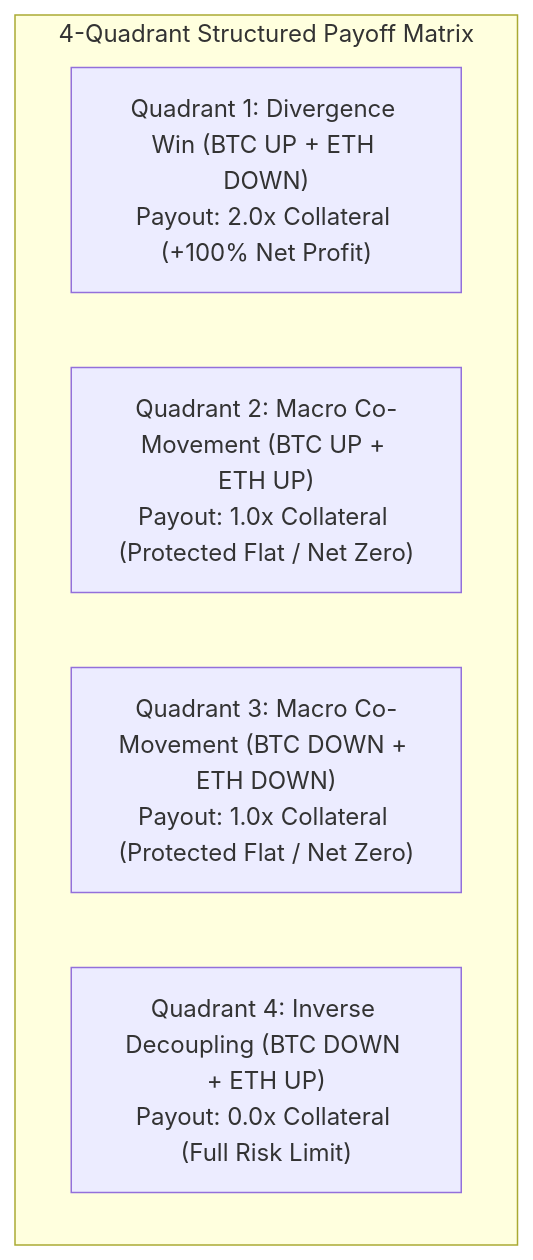
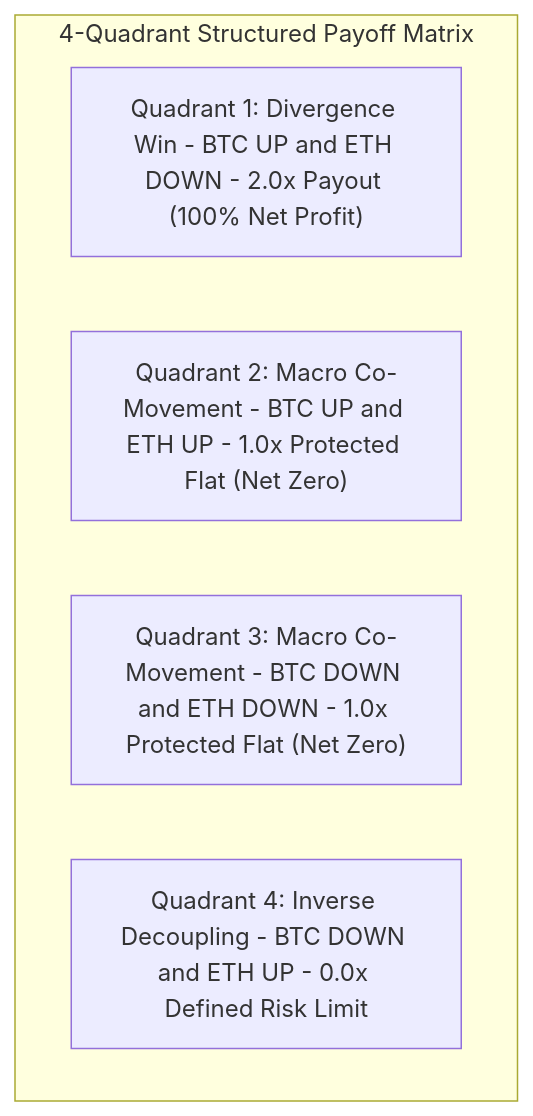
Before and after one commit to rythmern02/Divergence-Router: the second of 4 diagrams in README.md, drawn with Mermaid. The commit also changed other lines of this file, not shown here.

Commit message:
docs: resolve Mermaid diagram syntax and remove all emojis from README

````diff
--- a/README.md
+++ b/README.md
@@ -85,9 +86,9 @@
 ```mermaid
 flowchart TD
     subgraph Matrix["4-Quadrant Structured Payoff Matrix"]
-        Q1["Quadrant 1: Divergence Win (BTC UP + ETH DOWN)<br/>Payout: 2.0x Collateral (+100% Net Profit)"]
-        Q2["Quadrant 2: Macro Co-Movement (BTC UP + ETH UP)<br/>Payout: 1.0x Collateral (Protected Flat / Net Zero)"]
-        Q3["Quadrant 3: Macro Co-Movement (BTC DOWN + ETH DOWN)<br/>Payout: 1.0x Collateral (Protected Flat / Net Zero)"]
-        Q4["Quadrant 4: Inverse Decoupling (BTC DOWN + ETH UP)<br/>Payout: 0.0x Collateral (Full Risk Limit)"]
+        Q1["Quadrant 1: Divergence Win - BTC UP and ETH DOWN - 2.0x Payout (100% Net Profit)"]
+        Q2["Quadrant 2: Macro Co-Movement - BTC UP and ETH UP - 1.0x Protected Flat (Net Zero)"]
+        Q3["Quadrant 3: Macro Co-Movement - BTC DOWN and ETH DOWN - 1.0x Protected Flat (Net Zero)"]
+        Q4["Quadrant 4: Inverse Decoupling - BTC DOWN and ETH UP - 0.0x Defined Risk Limit"]
     end
 ```
````
